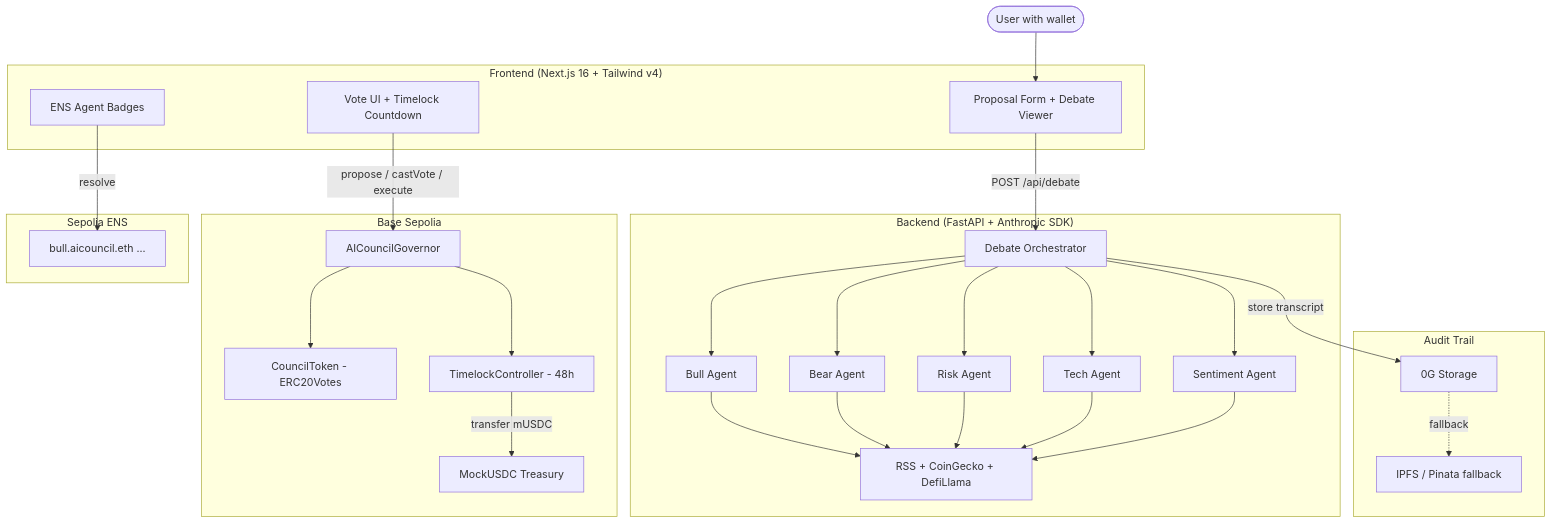
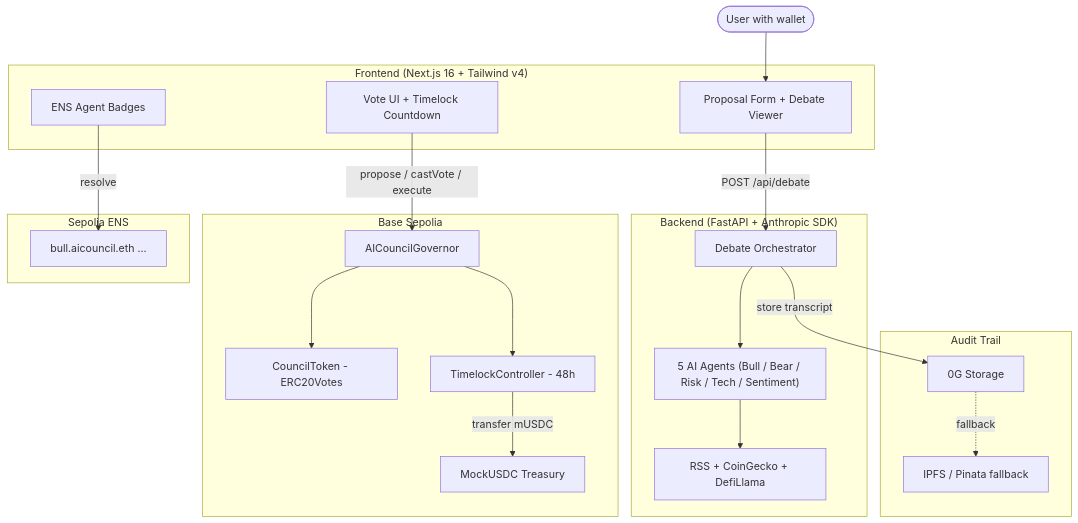
One commit to danergXx-xX/ETH-Global changed the diagram in README.md. Above: the diagram before and after it, drawn with Mermaid. The commit also changed other lines of this file, not shown here.

````diff
--- a/README.md
+++ b/README.md
@@ -33,47 +53,43 @@
 ```mermaid
 flowchart TB
   User([User with wallet]) --> UI
 
   subgraph Frontend["Frontend (Next.js 16 + Tailwind v4)"]
     UI[Proposal Form + Debate Viewer]
     Vote[Vote UI + Timelock Countdown]
     ENSDisplay[ENS Agent Badges]
   end
 
   subgraph Backend["Backend (FastAPI + Anthropic SDK)"]
     Orch[Debate Orchestrator]
-    Bull[Bull Agent]
-    Bear[Bear Agent]
-    Risk[Risk Agent]
-    Tech[Tech Agent]
-    Sent[Sentiment Agent]
+    Agents["5 AI Agents (Bull / Bear / Risk / Tech / Sentiment)"]
     Data[RSS + CoinGecko + DefiLlama]
   end
 
   subgraph Storage["Audit Trail"]
     ZeroG[0G Storage]
     IPFS[IPFS / Pinata fallback]
   end
 
   subgraph Chain["Base Sepolia"]
     Gov[AICouncilGovernor]
     Token[CouncilToken - ERC20Votes]
     TL[TimelockController - 48h]
     USDC[MockUSDC Treasury]
   end
 
   subgraph ENS["Sepolia ENS"]
     Sub[bull.aicouncil.eth ...]
   end
 
   UI -->|POST /api/debate| Orch
-  Orch --> Bull & Bear & Risk & Tech & Sent
-  Bull & Bear & Risk & Tech & Sent --> Data
+  Orch --> Agents
+  Agents --> Data
   Orch -->|store transcript| ZeroG
   ZeroG -.->|fallback| IPFS
   Vote -->|propose / castVote / execute| Gov
   Gov --> Token
   Gov --> TL
   TL -->|transfer mUSDC| USDC
   ENSDisplay -->|resolve| Sub
 ```
````
